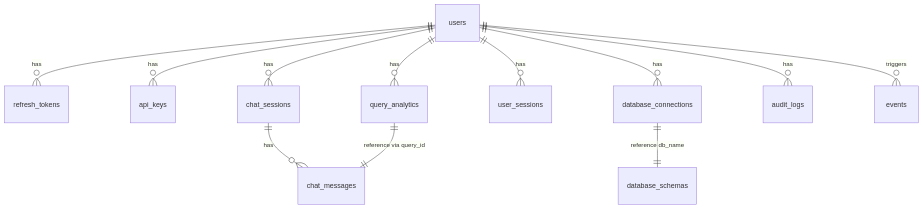
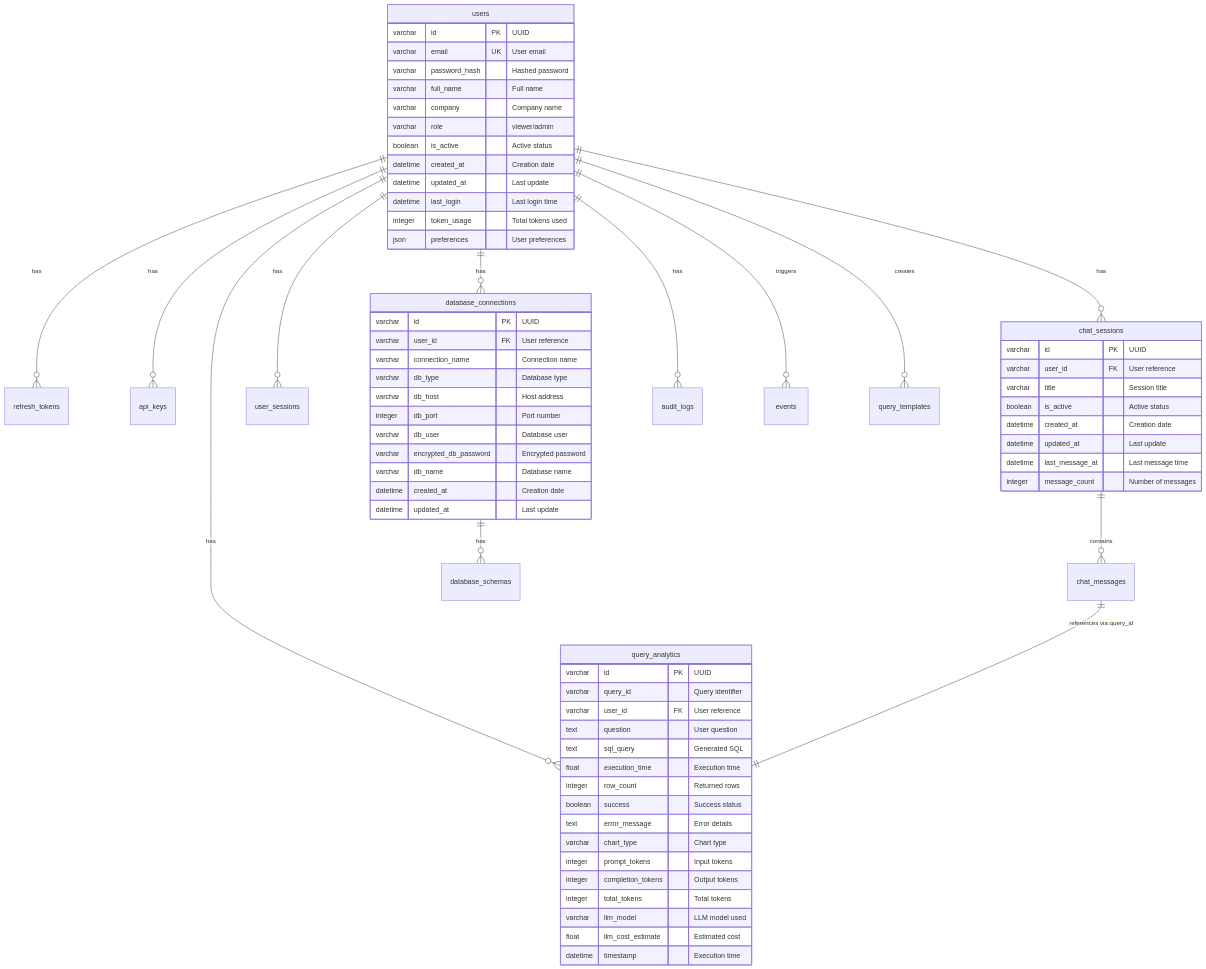
Before and after one commit to arkwith7/text-to-sql: the first of 2 diagrams in docs/DB_SCHEMA.md, drawn with Mermaid. The commit also changed other lines of this file and 5 other files, not shown here.

````diff
--- a/docs/DB_SCHEMA.md
+++ b/docs/DB_SCHEMA.md
@@ -47,14 +259,76 @@
 ```mermaid
 erDiagram
-  users ||--o{ refresh_tokens : "has"
-  users ||--o{ api_keys : "has"
-  users ||--o{ chat_sessions : "has"
-  chat_sessions ||--o{ chat_messages : "has"
-  users ||--o{ query_analytics : "has"
-  users ||--o{ user_sessions : "has"
-  users ||--o{ database_connections : "has"
-  users ||--o{ audit_logs : "has"
-  users ||--o{ events : "triggers"
-  query_analytics ||--|| chat_messages : "reference via query_id"
-  database_connections ||--|| database_schemas : "reference db_name"
+    users ||--o{ refresh_tokens : "has"
+    users ||--o{ api_keys : "has"
+    users ||--o{ chat_sessions : "has"
+    users ||--o{ query_analytics : "has"
+    users ||--o{ user_sessions : "has"
+    users ||--o{ database_connections : "has"
+    users ||--o{ audit_logs : "has"
+    users ||--o{ events : "triggers"
+    users ||--o{ query_templates : "creates"
+    
+    chat_sessions ||--o{ chat_messages : "contains"
+    database_connections ||--o{ database_schemas : "has"
+    
+    chat_messages ||--|| query_analytics : "references via query_id"
+    
+    users {
+        varchar id PK "UUID"
+        varchar email UK "User email"
+        varchar password_hash "Hashed password"
+        varchar full_name "Full name"
+        varchar company "Company name"
+        varchar role "viewer/admin"
+        boolean is_active "Active status"
+        datetime created_at "Creation date"
+        datetime updated_at "Last update"
+        datetime last_login "Last login time"
+        integer token_usage "Total tokens used"
+        json preferences "User preferences"
+    }
+    
+    chat_sessions {
+        varchar id PK "UUID"
+        varchar user_id FK "User reference"
+        varchar title "Session title"
+        boolean is_active "Active status"
+        datetime created_at "Creation date"
+        datetime updated_at "Last update"
+        datetime last_message_at "Last message time"
+        integer message_count "Number of messages"
+    }
+    
+    query_analytics {
+        varchar id PK "UUID"
+        varchar query_id "Query identifier"
+        varchar user_id FK "User reference"
+        text question "User question"
+        text sql_query "Generated SQL"
+        float execution_time "Execution time"
+        integer row_count "Returned rows"
+        boolean success "Success status"
+        text error_message "Error details"
+        varchar chart_type "Chart type"
+        integer prompt_tokens "Input tokens"
+        integer completion_tokens "Output tokens"
+        integer total_tokens "Total tokens"
+        varchar llm_model "LLM model used"
+        float llm_cost_estimate "Estimated cost"
+        datetime timestamp "Execution time"
+    }
+    
+    database_connections {
+        varchar id PK "UUID"
+        varchar user_id FK "User reference"
+        varchar connection_name "Connection name"
+        varchar db_type "Database type"
+        varchar db_host "Host address"
+        integer db_port "Port number"
+        varchar db_user "Database user"
+        varchar encrypted_db_password "Encrypted password"
+        varchar db_name "Database name"
+        datetime created_at "Creation date"
+        datetime updated_at "Last update"
+    }
 ```
````
